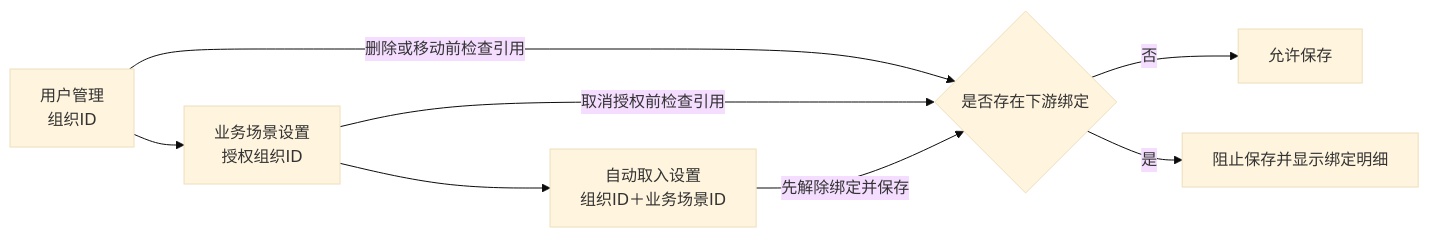
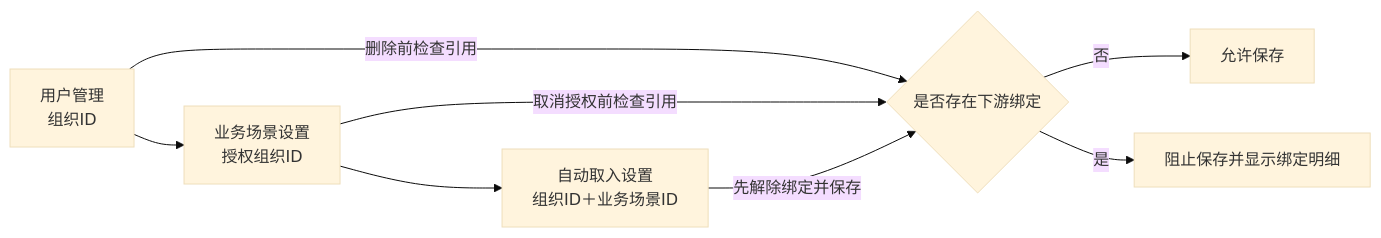
One commit to aruirage/Densan-Demo changed the second of 3 diagrams in demo/PRD.zh-CN.md. Above: the diagram before and after it, drawn with Mermaid (base theme). The commit also changed other lines of this file and 1 other file, not shown here.

````diff
--- a/demo/PRD.zh-CN.md
+++ b/demo/PRD.zh-CN.md
@@ -54,10 +59,10 @@
 ```mermaid
 flowchart LR
   O[用户管理<br/>组织ID] --> S[业务场景设置<br/>授权组织ID]
   S --> W[自动取入设置<br/>组织ID＋业务场景ID]
-  O -->|删除或移动前检查引用| C{是否存在下游绑定}
+  O -->|删除前检查引用| C{是否存在下游绑定}
   S -->|取消授权前检查引用| C
   C -->|否| OK[允许保存]
   C -->|是| NG[阻止保存并显示绑定明细]
   W -->|先解除绑定并保存| C
 ```
````
